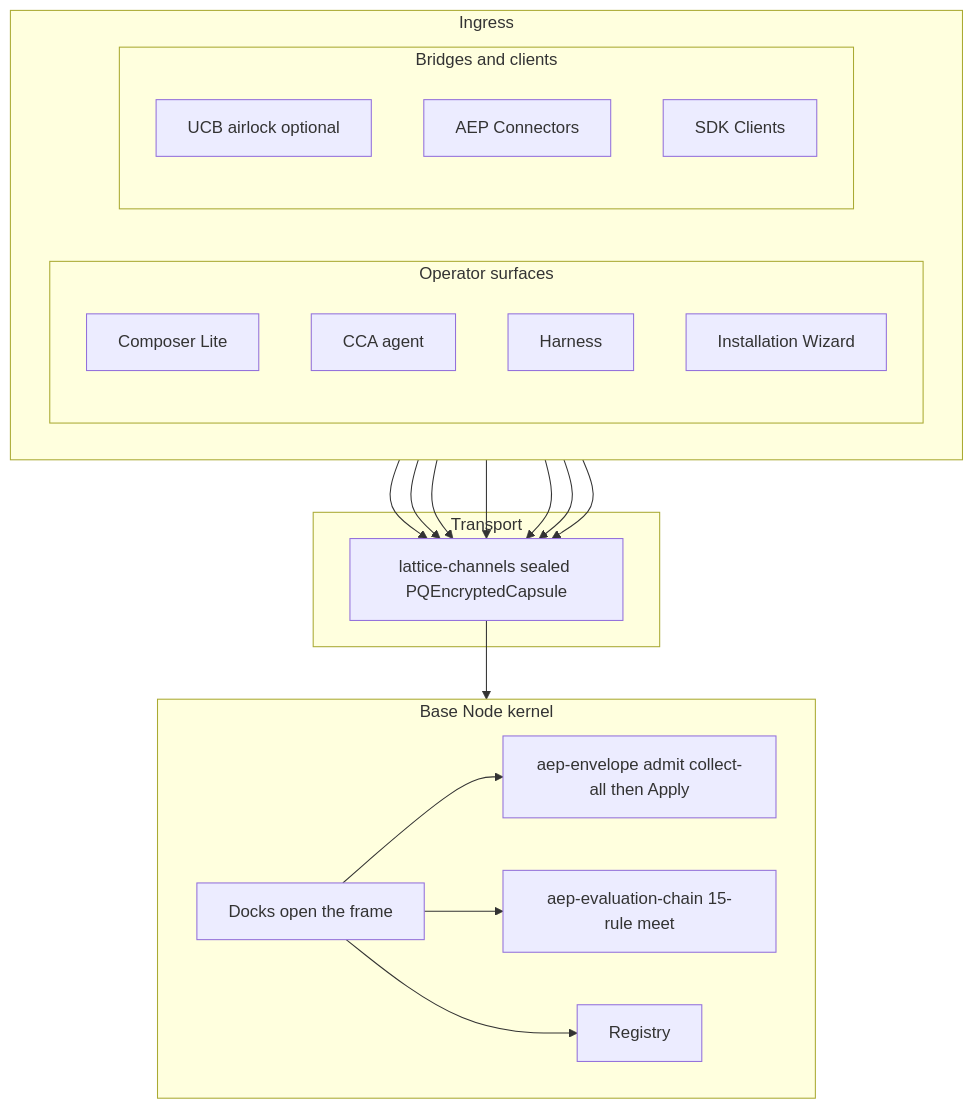
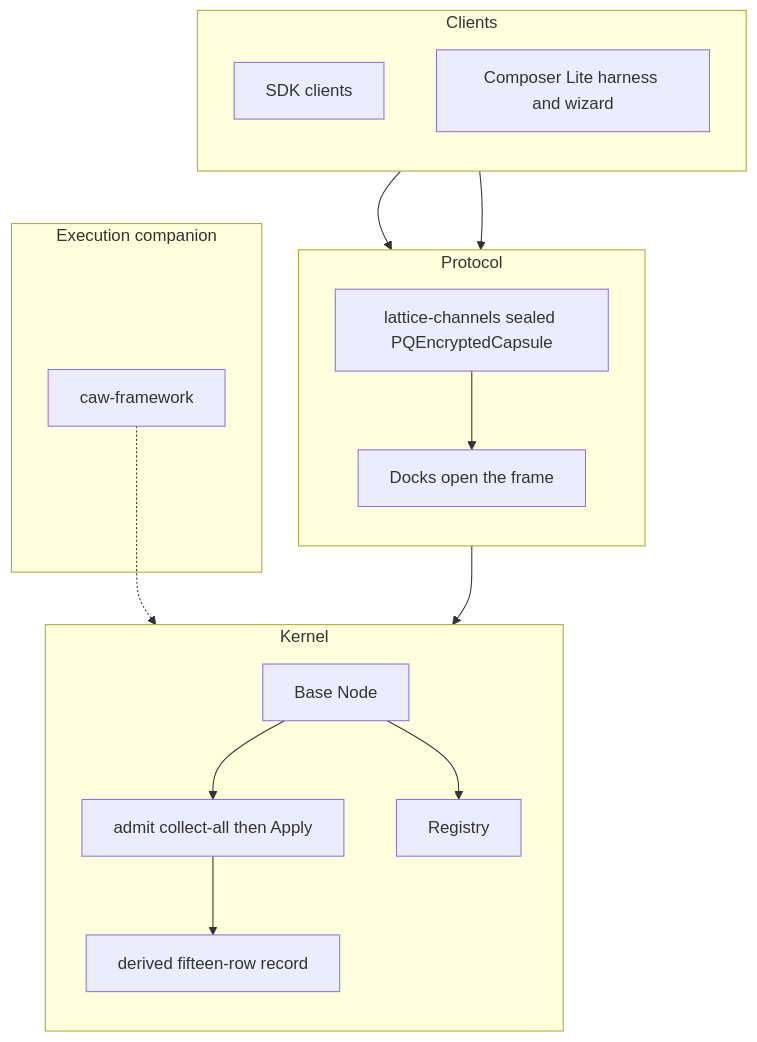
One commit to thePM001/AEP-agent-element-protocol changed the diagram in docs/architecture/aep-28-architecture.mmd. Above: the diagram before and after it, drawn with Mermaid. The commit also changed 779 other files, not shown here.

```diff
--- a/docs/architecture/aep-28-architecture.mmd
+++ b/docs/architecture/aep-28-architecture.mmd
@@ -1,41 +1,33 @@
 flowchart TB
-  subgraph BAND1[Ingress]
-    direction LR
-    subgraph SURFACES[Operator surfaces]
-      direction TB
-      CL[Composer Lite]
-      CCA[CCA agent]
-      HAR[Harness]
-      WIZ[Installation Wizard]
-    end
-    subgraph BRIDGES[Bridges and clients]
-      direction TB
-      UCB[UCB airlock optional]
-      CONN[AEP Connectors]
-      SDK[SDK Clients]
-    end
+  subgraph CLIENTS[Clients]
+    direction TB
+    SDK[SDK clients]
+    OP[Composer Lite harness and wizard]
   end
 
-  subgraph BAND2[Transport]
+  subgraph PROTOCOL[Protocol]
+    direction TB
     LT[lattice-channels sealed PQEncryptedCapsule]
+    DOCK[Docks open the frame]
   end
 
-  subgraph BAND3[Base Node kernel]
-    direction LR
-    DOCK[Docks open the frame]
-    ADMIT[aep-envelope admit collect-all then Apply]
-    MEET[aep-evaluation-chain 15-rule meet]
+  subgraph KERNEL[Kernel]
+    direction TB
+    BN[Base Node]
+    EVAL[admit collect-all then Apply]
+    LEDGER[derived fifteen-row record]
     REG[Registry]
   end
 
-  CL --> LT
-  CCA --> LT
-  HAR --> LT
-  WIZ --> LT
-  UCB --> LT
-  CONN --> LT
+  subgraph COMPANION[Execution companion]
+    CAW[caw-framework]
+  end
+
   SDK --> LT
+  OP --> LT
   LT --> DOCK
-  DOCK --> ADMIT
-  DOCK --> MEET
-  DOCK --> REG
+  DOCK --> BN
+  BN --> EVAL
+  EVAL --> LEDGER
+  BN --> REG
+  CAW -.-> BN
```
